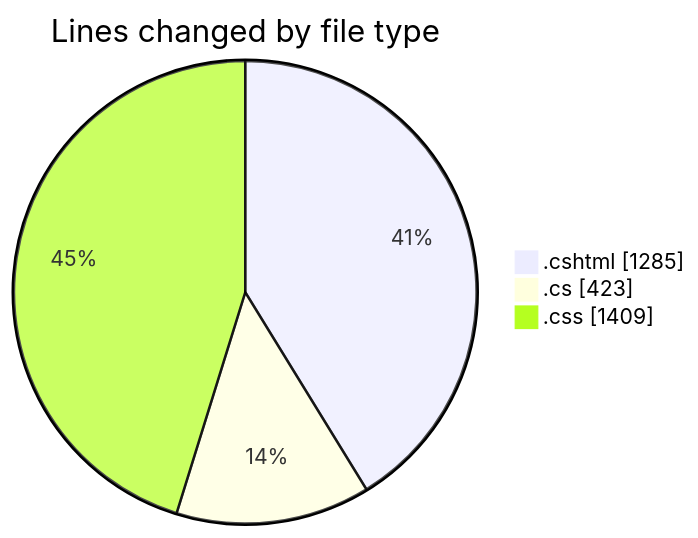
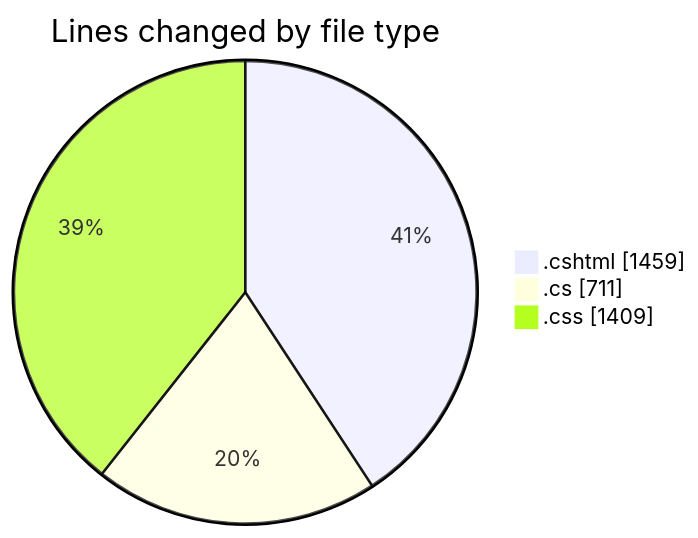
Before and after one commit to lephambinh05/code-tracking: the first of 2 diagrams in 2025-07-18/nhahang/README.md, drawn with Mermaid. The commit also changed other lines of this file and 1 other file, not shown here.

````diff
--- a/2025-07-18/nhahang/README.md
+++ b/2025-07-18/nhahang/README.md
@@ -42,7 +43,7 @@
 ```mermaid
 pie showData
 title Lines changed by file type
-".cshtml" : 1285
-".cs" : 423
+".cshtml" : 1459
+".cs" : 711
 ".css" : 1409
 ```
````
